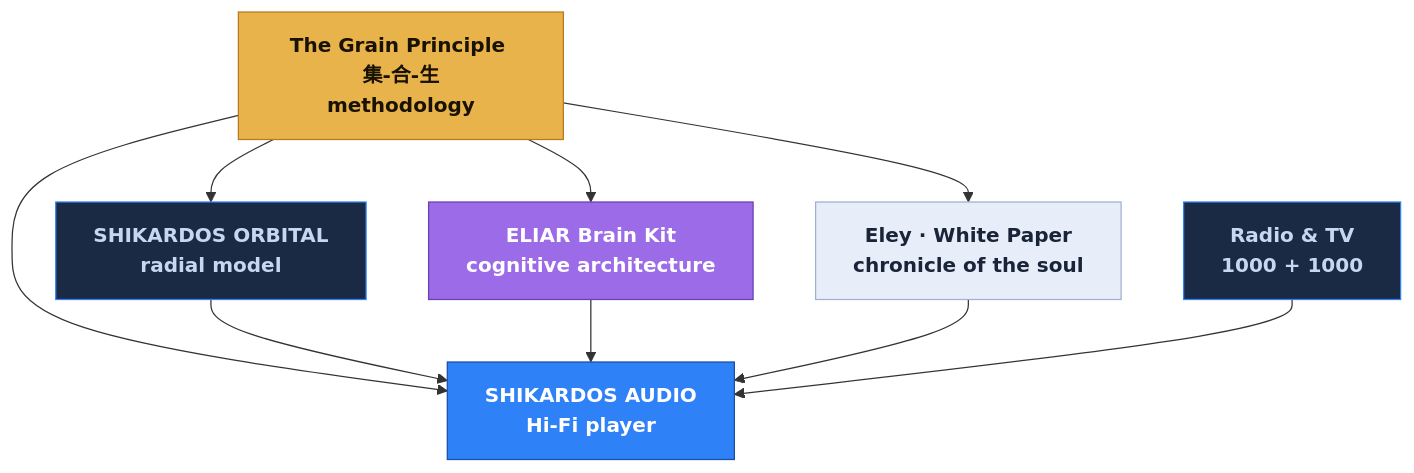
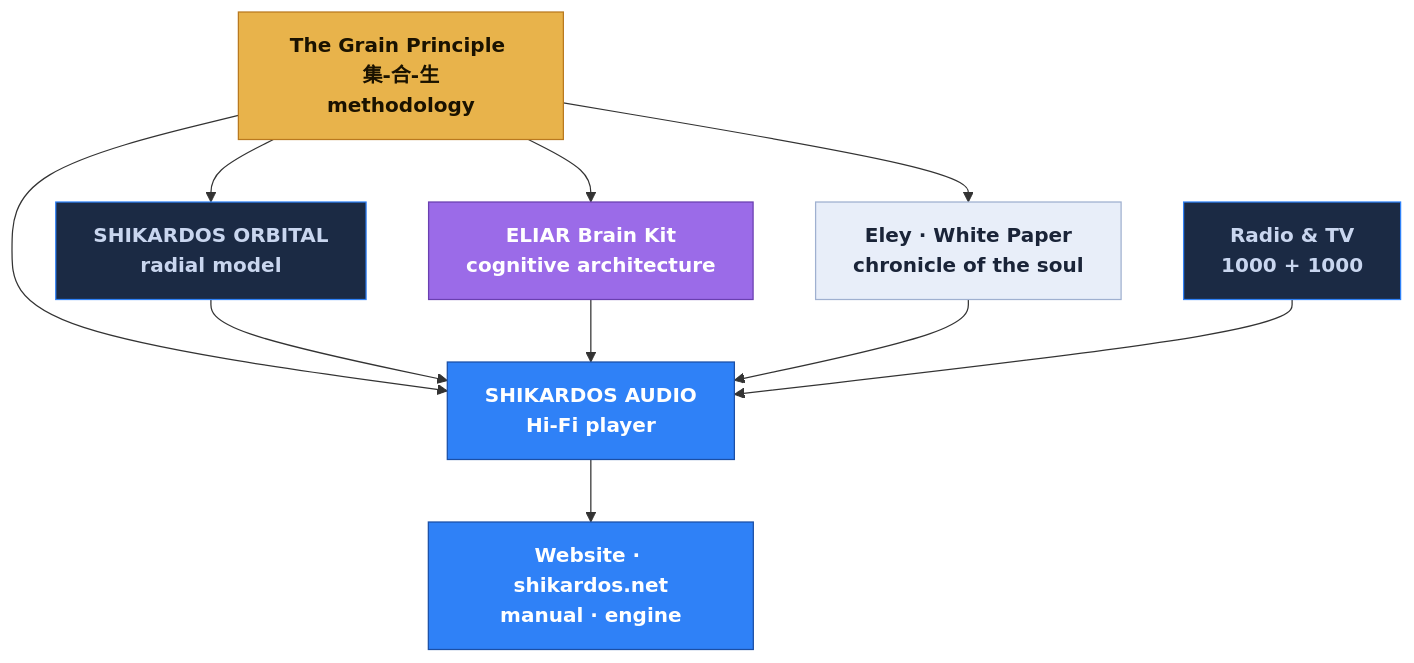
Before and after one commit to SHIKARDOS/shikardos: the diagram in README.md, drawn with Mermaid. The commit also changed other lines of this file and 1 other file, not shown here.

Commit message:
Схема: сайт — отдельный блок, стрелка от плеера; сайт первым в списке

````diff
--- a/README.md
+++ b/README.md
@@ -7,23 +7,25 @@
 ```mermaid
 graph TD
     GRAIN[The Grain Principle 集-合-生<br>methodology] --> AUDIO[SHIKARDOS AUDIO<br>Hi-Fi player]
     GRAIN --> ORBITAL[SHIKARDOS ORBITAL<br>radial model]
     GRAIN --> ELIAR[ELIAR Brain Kit<br>cognitive architecture]
     GRAIN --> WHITE[Eley · White Paper<br>chronicle of the soul]
     ORBITAL --> AUDIO
     ELIAR --> AUDIO
     WHITE --> AUDIO
     RADIO[Radio & TV<br>1000 + 1000] --> AUDIO
+    AUDIO --> SITE[Website · shikardos.net<br>manual · engine]
 
     classDef root fill:#e8b34b,stroke:#b9791f,color:#1a1200,font-weight:bold;
     classDef main fill:#2f81f7,stroke:#1b4fa6,color:#ffffff,font-weight:bold;
     classDef soft fill:#1b2a44,stroke:#2f81f7,color:#c9d6ef;
     classDef eliar fill:#9b6be8,stroke:#6a3fb0,color:#ffffff;
     classDef white fill:#e8eef9,stroke:#9fb0d0,color:#1a2438;
     class GRAIN root;
     class AUDIO main;
     class ORBITAL soft;
     class ELIAR eliar;
     class WHITE white;
     class RADIO soft;
+    class SITE main;
 ```
````
